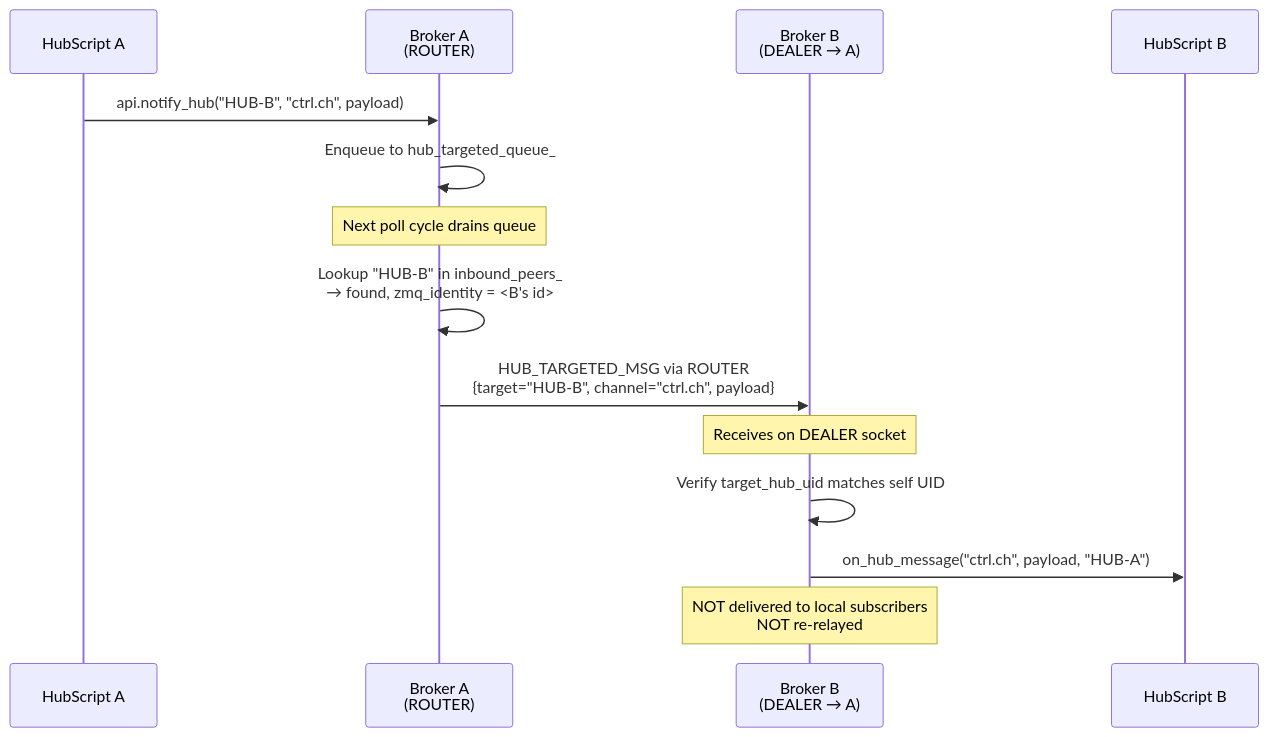
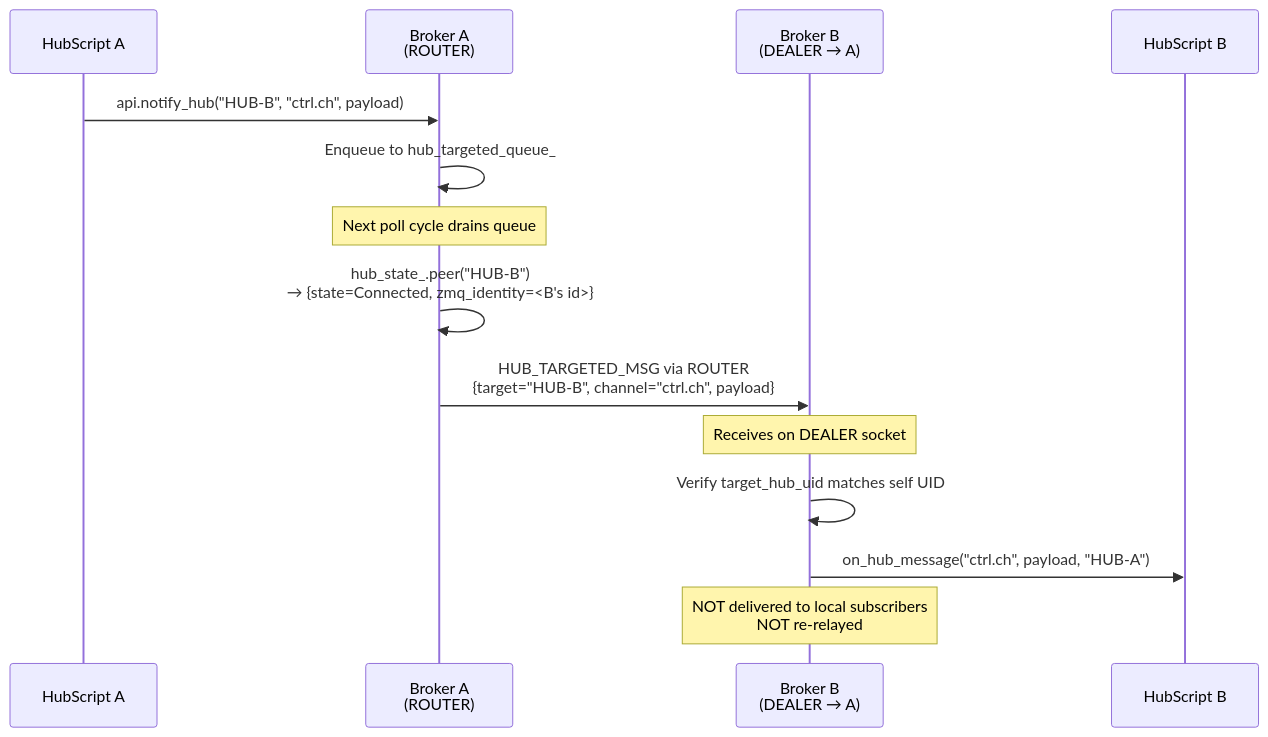
Before and after one commit to Qing-LAB/pylabhub: the sixth of 8 diagrams in docs/HEP/HEP-CORE-0022-Hub-Federation-Broadcast.md, drawn with Mermaid. The commit also changed other lines of this file, not shown here.

````diff
--- a/docs/HEP/HEP-CORE-0022-Hub-Federation-Broadcast.md
+++ b/docs/HEP/HEP-CORE-0022-Hub-Federation-Broadcast.md
@@ -327,17 +327,17 @@
 ```mermaid
 sequenceDiagram
     participant HSA as HubScript A
     participant HA as Broker A<br/>(ROUTER)
     participant HB as Broker B<br/>(DEALER → A)
     participant HSB as HubScript B
 
     HSA->>HA: api.notify_hub("HUB-B", "ctrl.ch", payload)
     HA->>HA: Enqueue to hub_targeted_queue_
     Note over HA: Next poll cycle drains queue
-    HA->>HA: Lookup "HUB-B" in inbound_peers_<br/>→ found, zmq_identity = <B's id>
+    HA->>HA: hub_state_.peer("HUB-B")<br/>→ {state=Connected, zmq_identity=<B's id>}
     HA->>HB: HUB_TARGETED_MSG via ROUTER<br/>{target="HUB-B", channel="ctrl.ch", payload}
     Note over HB: Receives on DEALER socket
     HB->>HB: Verify target_hub_uid matches self UID
     HB->>HSB: on_hub_message("ctrl.ch", payload, "HUB-A")
     Note over HB: NOT delivered to local subscribers<br/>NOT re-relayed
 ```
````
